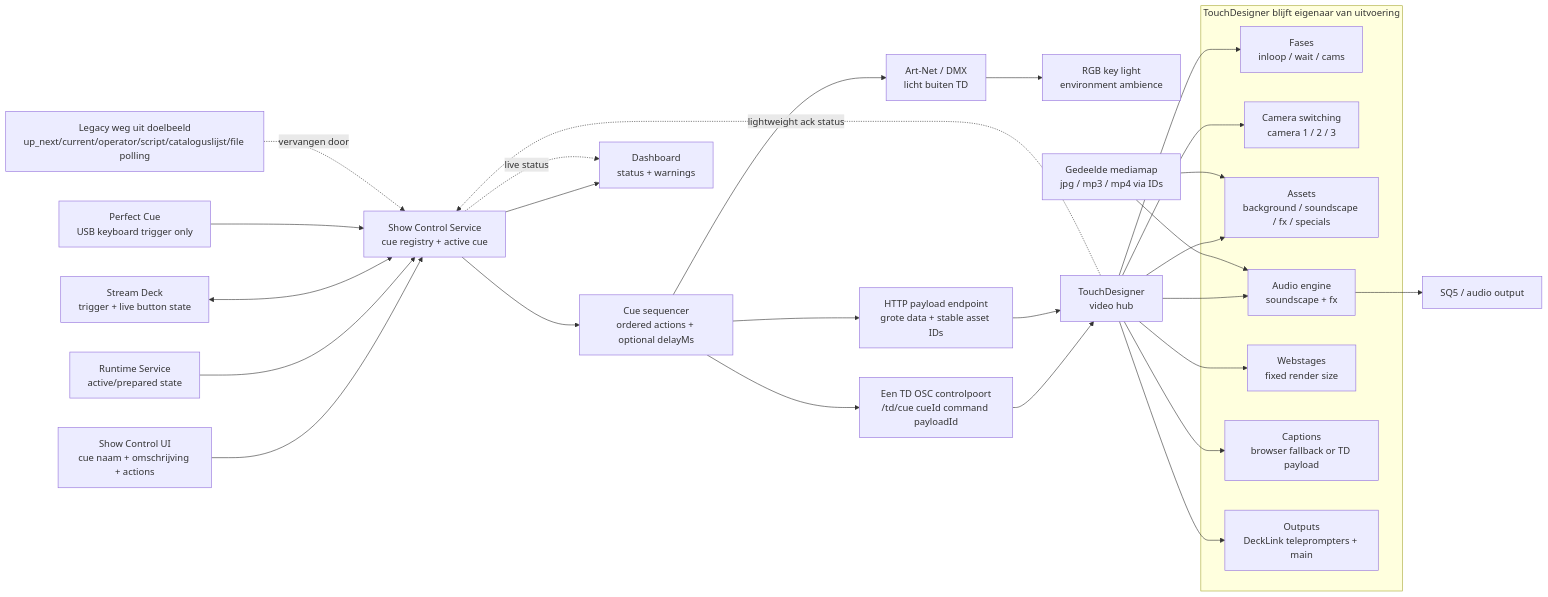
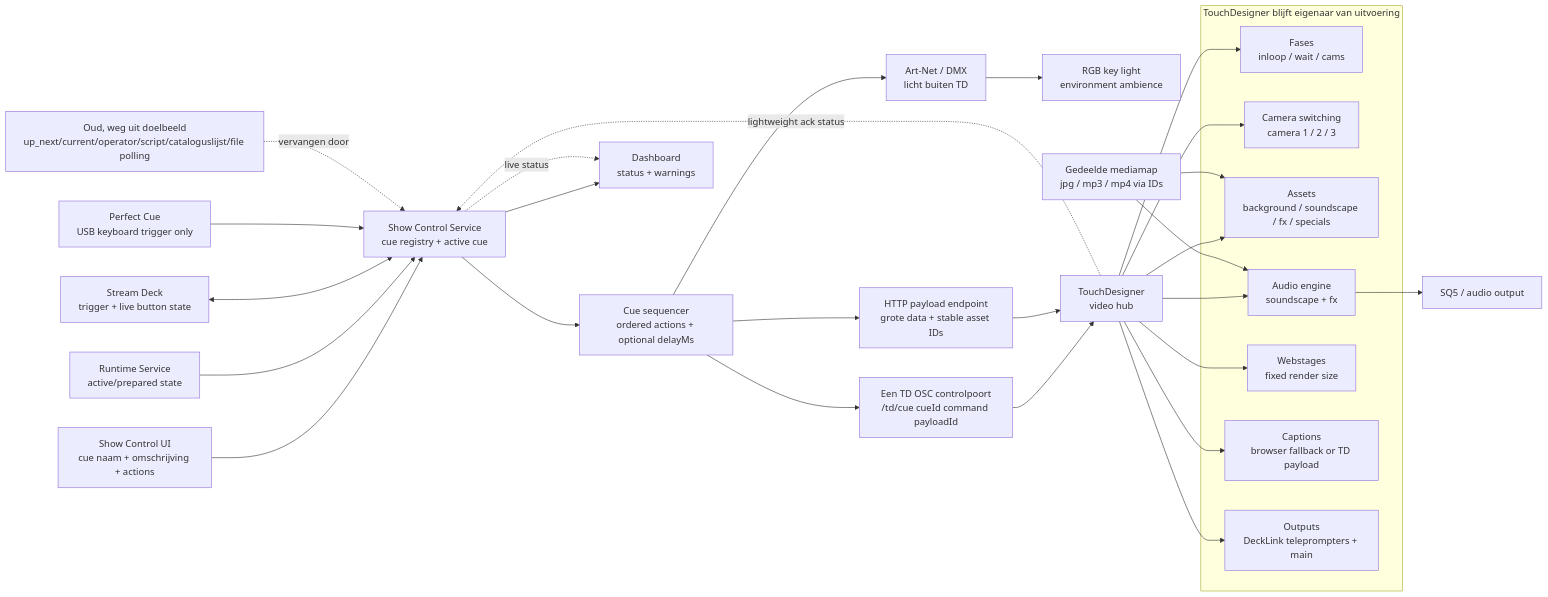
Before and after one commit to booikluiving/foryouapp: the diagram in docs/system-cleanup/nieuw/architecture/diagrams/touchdesigner-command-surface.mmd, drawn with Mermaid. The commit also changed 270 other files, not shown here.

```diff
--- a/docs/system-cleanup/nieuw/architecture/diagrams/touchdesigner-command-surface.mmd
+++ b/docs/system-cleanup/nieuw/architecture/diagrams/touchdesigner-command-surface.mmd
@@ -1,42 +1,42 @@
 flowchart LR
   cueUi["Show Control UI<br/>cue naam + omschrijving + actions"] --> cueStore["Show Control Service<br/>cue registry + active cue"]
   cueStore --> sequencer["Cue sequencer<br/>ordered actions + optional delayMs"]
   runtime["Runtime Service<br/>active/prepared state"] --> cueStore
   streamDeck["Stream Deck<br/>trigger + live button state"] <--> cueStore
   perfectCue["Perfect Cue<br/>USB keyboard trigger only"] --> cueStore
 
   sequencer --> osc["Een TD OSC controlpoort<br/>/td/cue cueId command payloadId"]
   sequencer --> payload["HTTP payload endpoint<br/>grote data + stable asset IDs"]
   cueStore --> dashboard["Dashboard<br/>status + warnings"]
   sequencer --> artnet["Art-Net / DMX<br/>licht buiten TD"]
   artnet --> keyLight["RGB key light<br/>environment ambience"]
 
   osc --> td["TouchDesigner<br/>video hub"]
   payload --> td
 
   subgraph tdResponsibilities["TouchDesigner blijft eigenaar van uitvoering"]
     phase["Fases<br/>inloop / wait / cams"]
     cameras["Camera switching<br/>camera 1 / 2 / 3"]
     assets["Assets<br/>background / soundscape / fx / specials"]
     audio["Audio engine<br/>soundscape + fx"]
     webstages["Webstages<br/>fixed render size"]
     captions["Captions<br/>browser fallback or TD payload"]
     outputs["Outputs<br/>DeckLink teleprompters + main"]
   end
 
   td --> phase
   td --> cameras
   td --> assets
   td --> audio
   td --> webstages
   td --> captions
   td --> outputs
 
   mediaFolder["Gedeelde mediamap<br/>jpg / mp3 / mp4 via IDs"] --> assets
   mediaFolder --> audio
   audio --> sq5["SQ5 / audio output"]
 
   td -. lightweight ack status .-> cueStore
   cueStore -. live status .-> dashboard
 
-  legacy["Legacy weg uit doelbeeld<br/>up_next/current/operator/script/cataloguslijst/file polling"] -. vervangen door .-> cueStore
+  oud["Oud, weg uit doelbeeld<br/>up_next/current/operator/script/cataloguslijst/file polling"] -. vervangen door .-> cueStore
```
